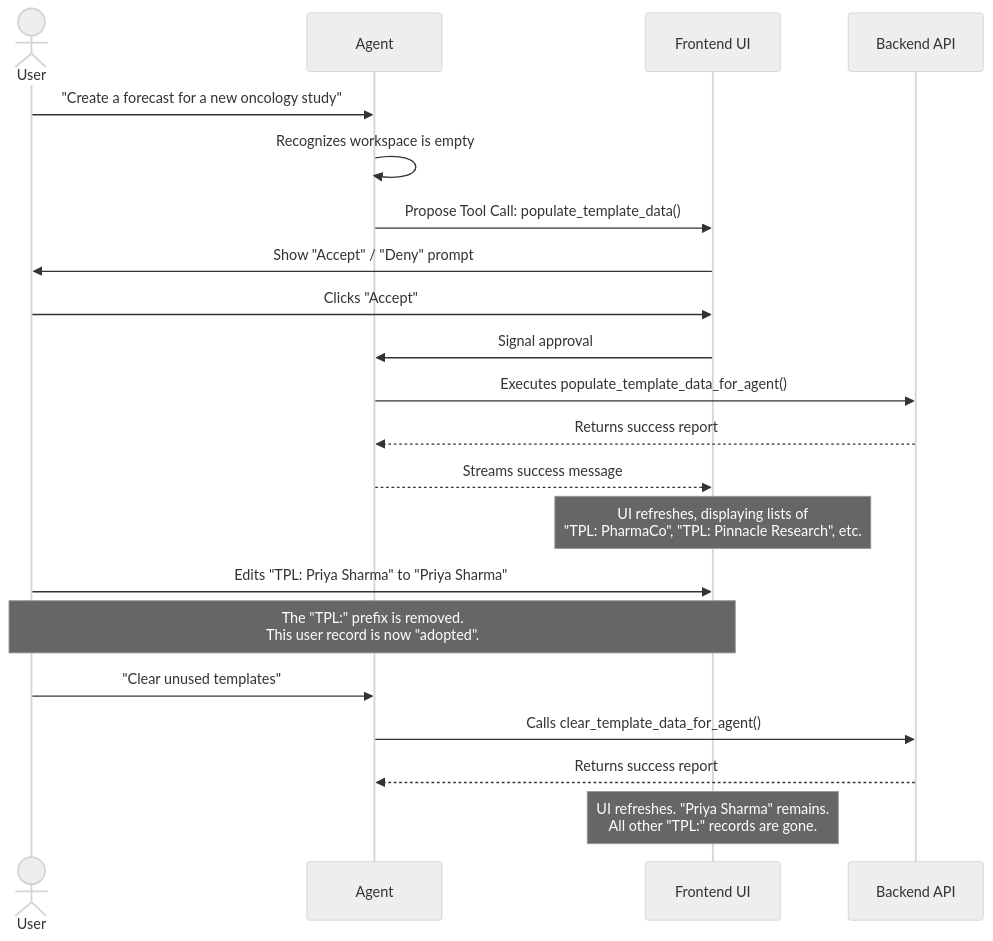
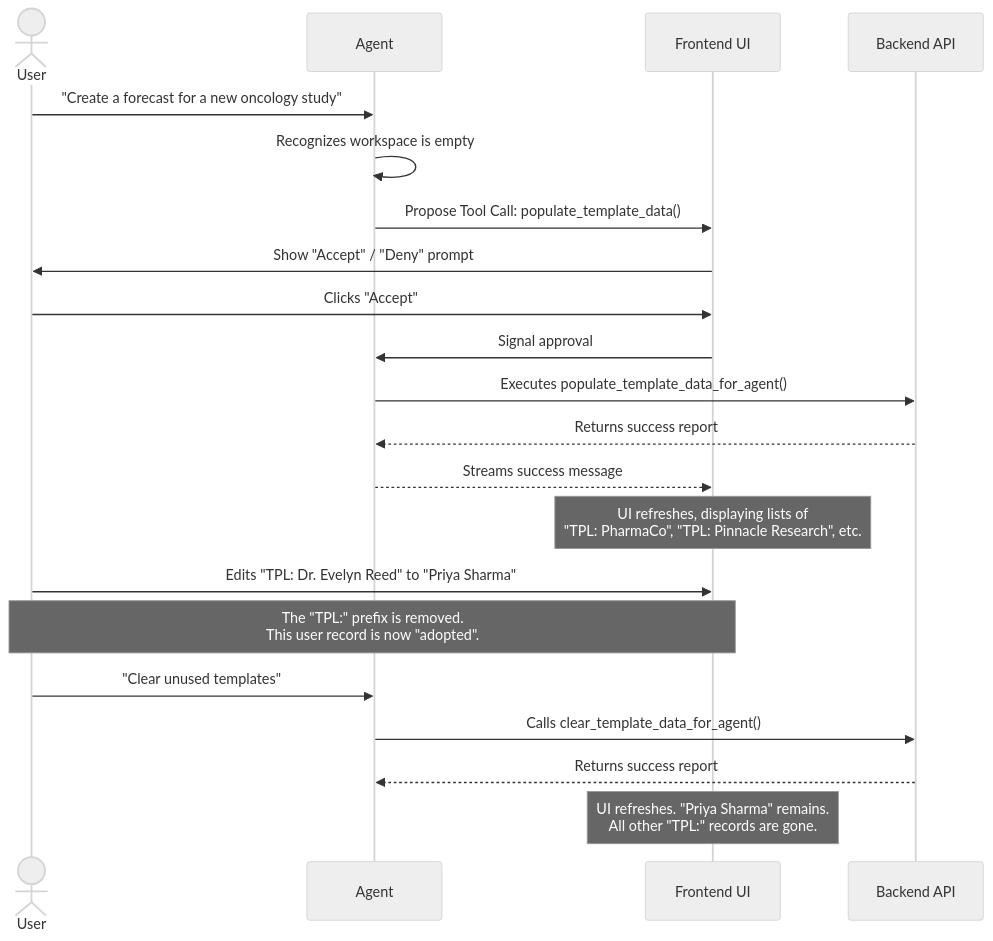
Before and after one commit to ctfbio/ctfbio-ai: the first of 3 diagrams in README.md, drawn with Mermaid (neutral theme). The commit also changed other lines of this file, not shown here.

````diff
--- a/README.md
+++ b/README.md
@@ -58,27 +79,27 @@
 ```mermaid
 sequenceDiagram
     actor User
     participant Agent
     participant Frontend UI
     participant Backend API
 
     User->>Agent: "Create a forecast for a new oncology study"
     Agent->>Agent: Recognizes workspace is empty
     Agent->>Frontend UI: Propose Tool Call: populate_template_data()
     Frontend UI->>User: Show "Accept" / "Deny" prompt
 
     User->>Frontend UI: Clicks "Accept"
     Frontend UI->>Agent: Signal approval
     Agent->>Backend API: Executes populate_template_data_for_agent()
     Backend API-->>Agent: Returns success report
     Agent-->>Frontend UI: Streams success message
     Note over Frontend UI: UI refreshes, displaying lists of<br/>"TPL: PharmaCo", "TPL: Pinnacle Research", etc.
 
-    User->>Frontend UI: Edits "TPL: Priya Sharma" to "Priya Sharma"
+    User->>Frontend UI: Edits "TPL: Dr. Evelyn Reed" to "Priya Sharma"
     Note over User, Frontend UI: The "TPL:" prefix is removed.<br/>This user record is now "adopted".
 
     User->>Agent: "Clear unused templates"
     Agent->>Backend API: Calls clear_template_data_for_agent()
     Backend API-->>Agent: Returns success report
     Note over Frontend UI: UI refreshes. "Priya Sharma" remains.<br/>All other "TPL:" records are gone.
 ```
````
